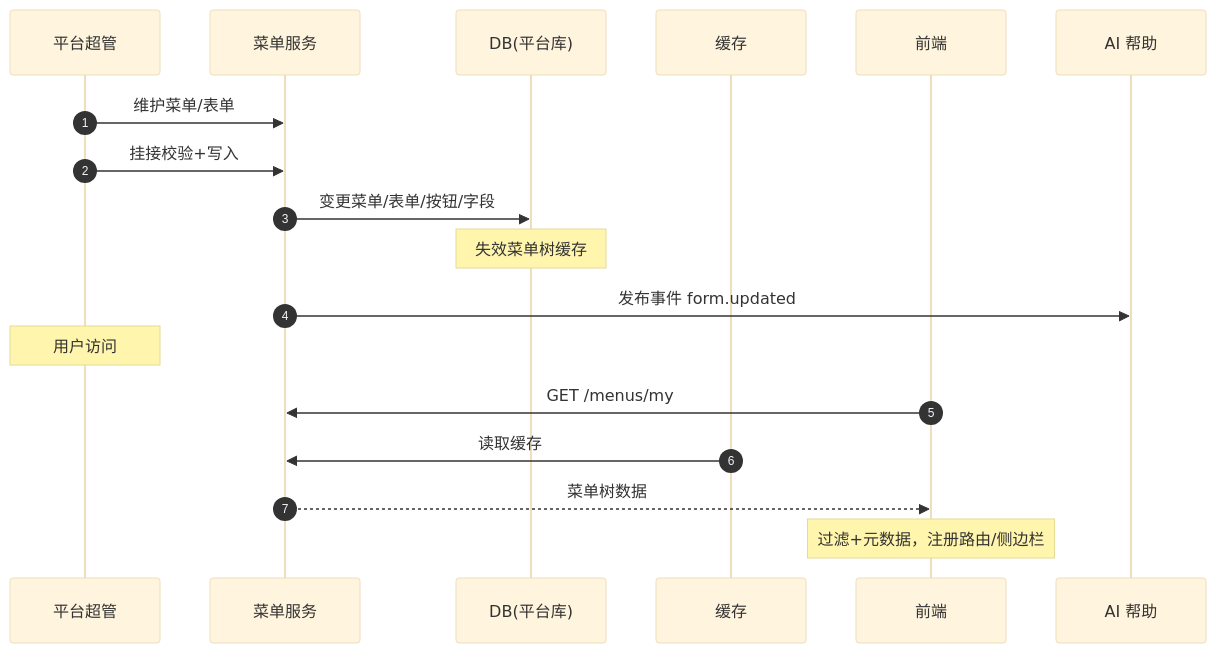
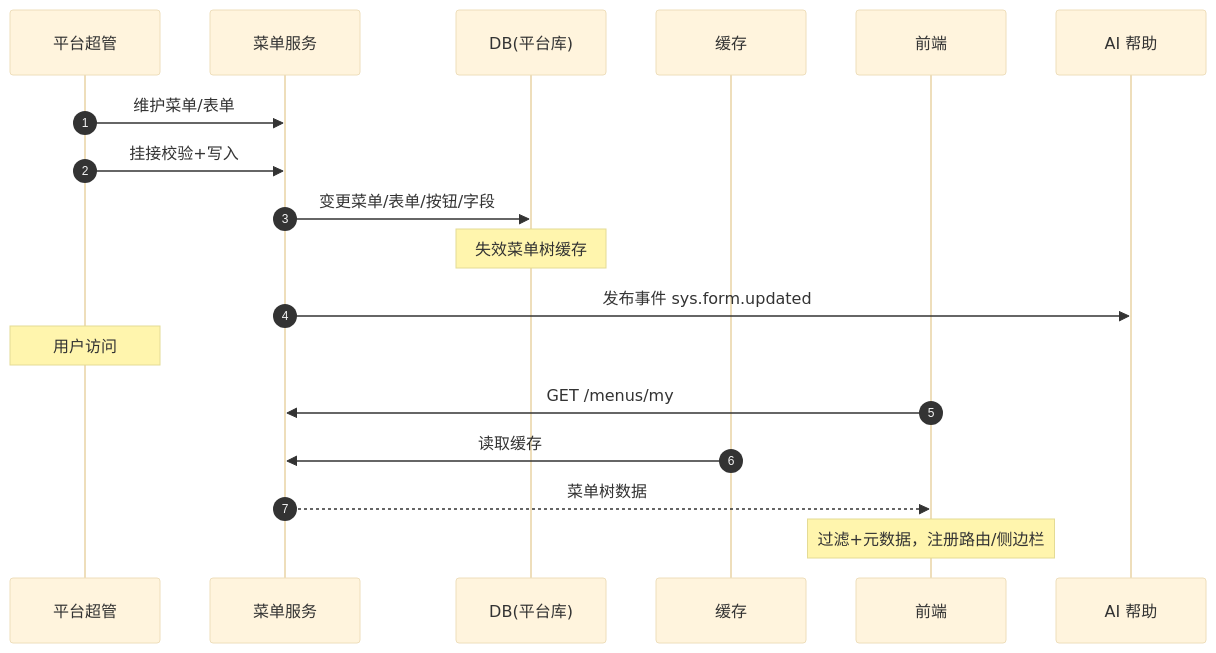
One commit to minjian123/basic-management-system changed the diagram in bms文档/设计/概要设计/07_概要设计_菜单管理.md. Above: the diagram before and after it, drawn with Mermaid (base theme). The commit also changed other lines of this file and 28 other files, not shown here.

````diff
--- a/bms文档/设计/概要设计/07_概要设计_菜单管理.md
+++ b/bms文档/设计/概要设计/07_概要设计_菜单管理.md
@@ -56,21 +56,21 @@
 ```mermaid
 sequenceDiagram
     autonumber
     participant 平台超管
     participant 菜单服务
     participant DB as DB(平台库)
     participant 缓存
     participant 前端
     participant AI 帮助
 
     平台超管->>菜单服务: 维护菜单/表单
     平台超管->>菜单服务: 挂接校验+写入
     菜单服务->>DB: 变更菜单/表单/按钮/字段
     Note over DB: 失效菜单树缓存
-    菜单服务->>AI 帮助: 发布事件 form.updated
+    菜单服务->>AI 帮助: 发布事件 sys.form.updated
     Note over 平台超管: 用户访问
     前端->>菜单服务: GET /menus/my
     缓存->>菜单服务: 读取缓存
     菜单服务-->>前端: 菜单树数据
     Note over 前端: 过滤+元数据，注册路由/侧边栏
 ```
````
